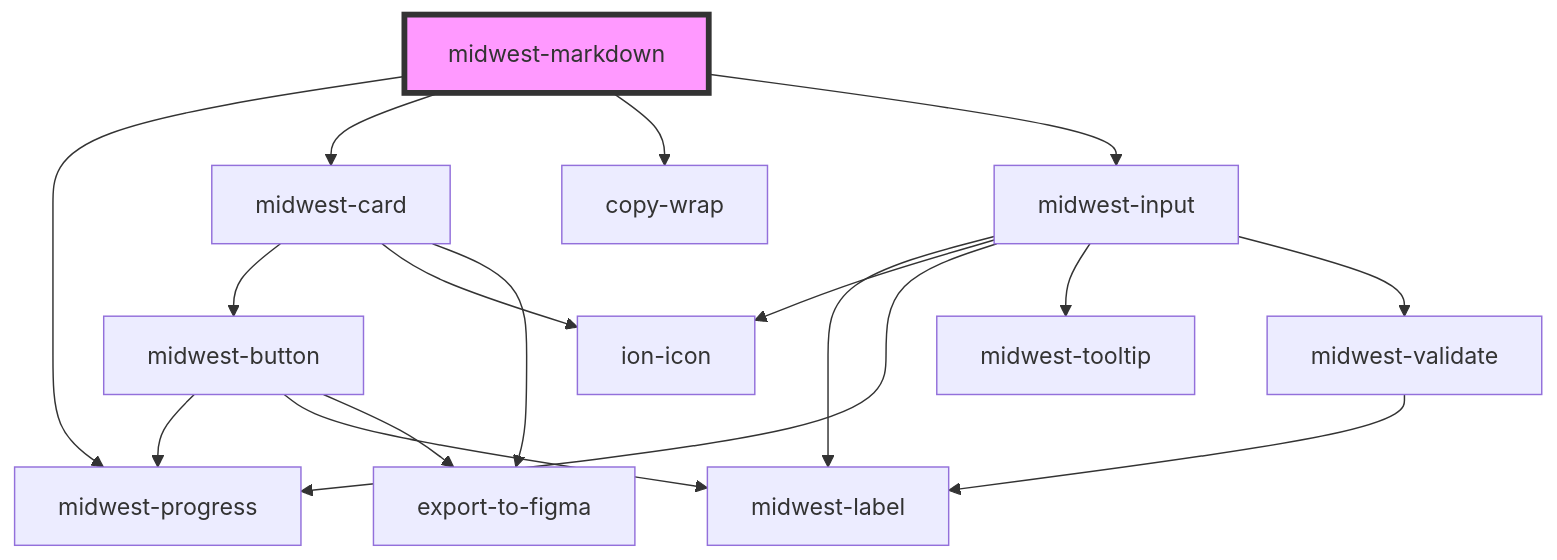
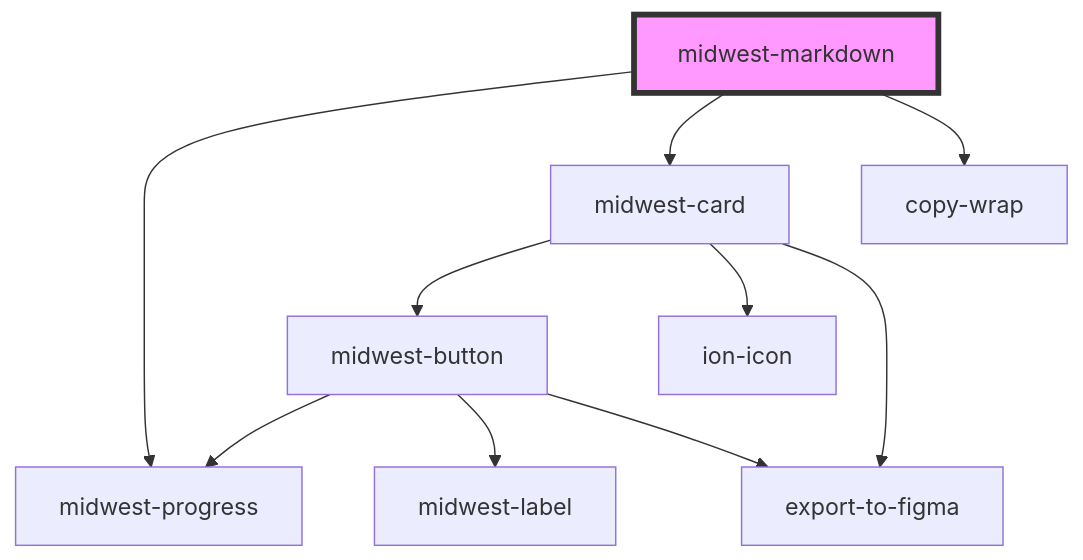
Before and after one commit to splitinfinities/Midwest: the diagram in packages/helpers/docs/components/markdown/readme.md, drawn with Mermaid. The commit also changed other lines of this file and 558 other files, not shown here.

````diff
--- a/packages/helpers/docs/components/markdown/readme.md
+++ b/packages/helpers/docs/components/markdown/readme.md
@@ -50,20 +49,13 @@
 ```mermaid
 graph TD;
   midwest-markdown --> midwest-progress
   midwest-markdown --> midwest-card
   midwest-markdown --> copy-wrap
-  midwest-markdown --> midwest-input
   midwest-card --> midwest-button
   midwest-card --> ion-icon
   midwest-card --> export-to-figma
   midwest-button --> midwest-progress
   midwest-button --> midwest-label
   midwest-button --> export-to-figma
-  midwest-input --> midwest-label
-  midwest-input --> ion-icon
-  midwest-input --> midwest-progress
-  midwest-input --> midwest-tooltip
-  midwest-input --> midwest-validate
-  midwest-validate --> midwest-label
   style midwest-markdown fill:#f9f,stroke:#333,stroke-width:4px
 ```
````
